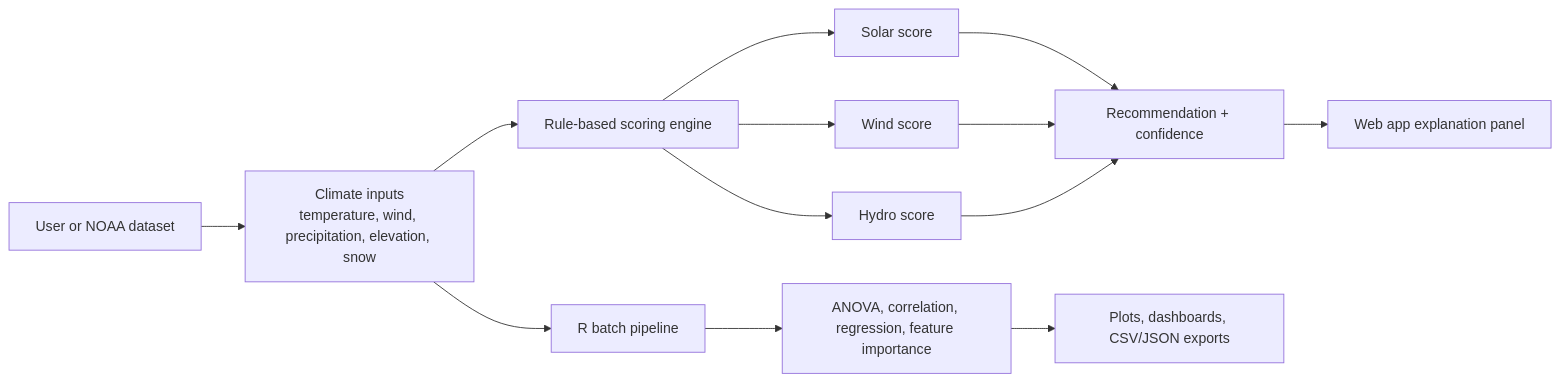
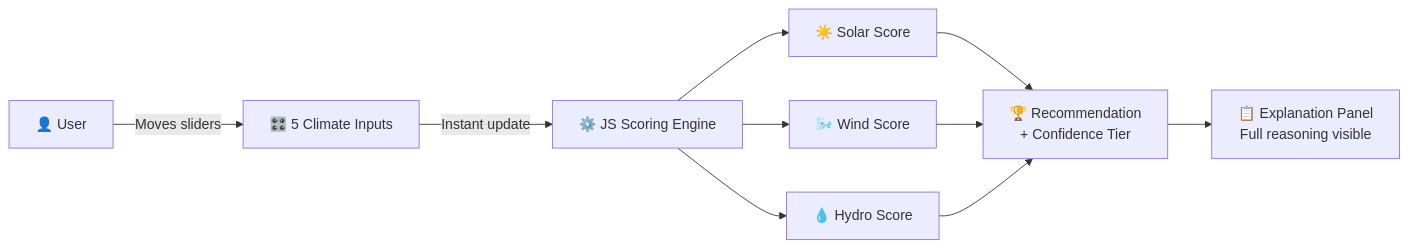
One commit to Sahibjeetpalsingh/Weather-Classification changed the fourth of 7 diagrams in README.md. Above: the diagram before and after it, drawn with Mermaid. The commit also changed other lines of this file, not shown here.

````diff
--- a/README.md
+++ b/README.md
@@ -121,15 +224,10 @@
 ```mermaid
-flowchart LR
-    A["User or NOAA dataset"] --> B["Climate inputs<br/>temperature, wind, precipitation, elevation, snow"]
-    B --> C["Rule-based scoring engine"]
-    C --> D["Solar score"]
-    C --> E["Wind score"]
-    C --> F["Hydro score"]
-    D --> G["Recommendation + confidence"]
-    E --> G
-    F --> G
-    G --> H["Web app explanation panel"]
-    B --> I["R batch pipeline"]
-    I --> J["ANOVA, correlation, regression, feature importance"]
-    J --> K["Plots, dashboards, CSV/JSON exports"]
+graph LR
+    A["👤 User"] -->|"Moves sliders"| B["🎛️ 5 Climate Inputs"]
+    B -->|"Instant update"| C["⚙️ JS Scoring Engine"]
+    C --> D["☀️ Solar Score"]
+    C --> E["🌬️ Wind Score"]
+    C --> F["💧 Hydro Score"]
+    D & E & F --> G["🏆 Recommendation\n+ Confidence Tier"]
+    G --> H["📋 Explanation Panel\nFull reasoning visible"]
 ```
````
